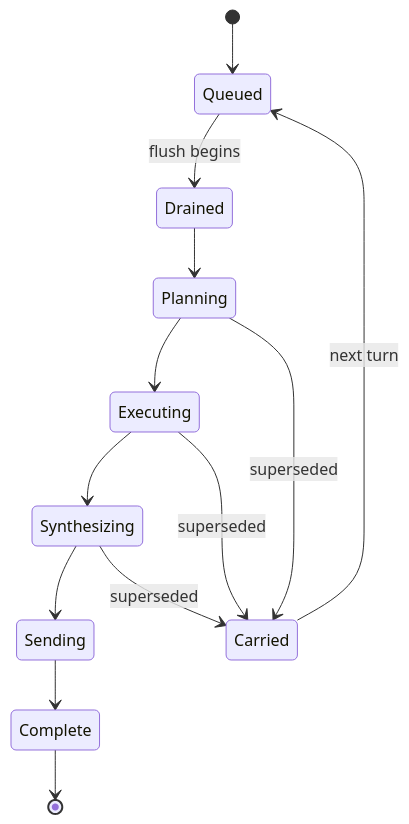
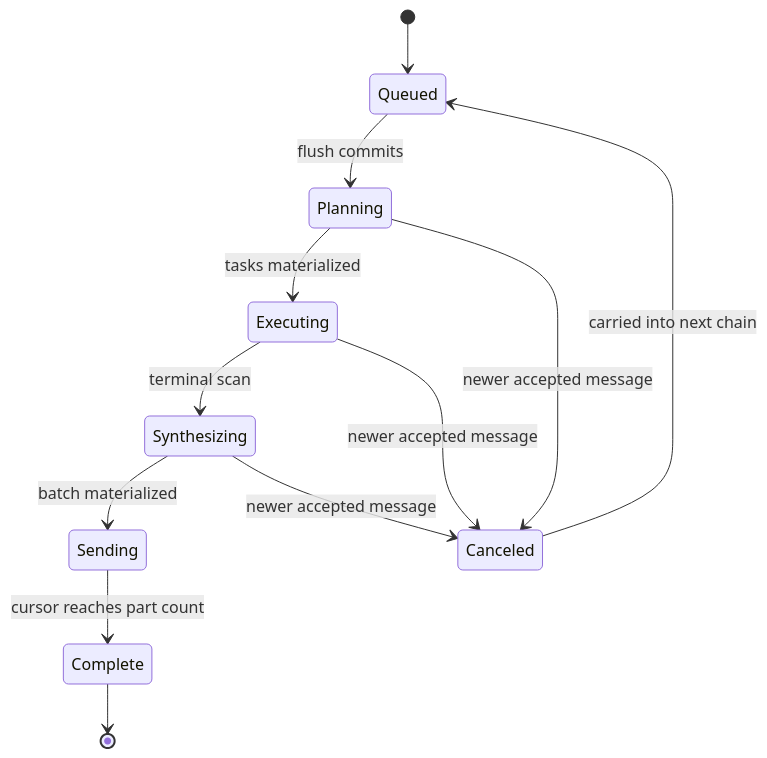
The third of 3 diagrams in ARCHITECTURE.md (tecxbro/iMessage-agent-render), drawn with Mermaid before and after one commit. The commit also changed other lines of this file and 32 other files, not shown here.

````diff
--- a/ARCHITECTURE.md
+++ b/ARCHITECTURE.md
@@ -146,15 +205,15 @@
 ```mermaid
 stateDiagram-v2
   [*] --> Queued
-  Queued --> Drained: flush begins
-  Drained --> Planning
-  Planning --> Executing
-  Executing --> Synthesizing
-  Synthesizing --> Sending
-  Sending --> Complete
-  Planning --> Carried: superseded
-  Executing --> Carried: superseded
-  Synthesizing --> Carried: superseded
-  Carried --> Queued: next turn
+  Queued --> Planning: flush commits
+  Planning --> Executing: tasks materialized
+  Executing --> Synthesizing: terminal scan
+  Synthesizing --> Sending: batch materialized
+  Sending --> Complete: cursor reaches part count
+
+  Planning --> Canceled: newer accepted message
+  Executing --> Canceled: newer accepted message
+  Synthesizing --> Canceled: newer accepted message
+  Canceled --> Queued: carried into next chain
   Complete --> [*]
 ```
````
